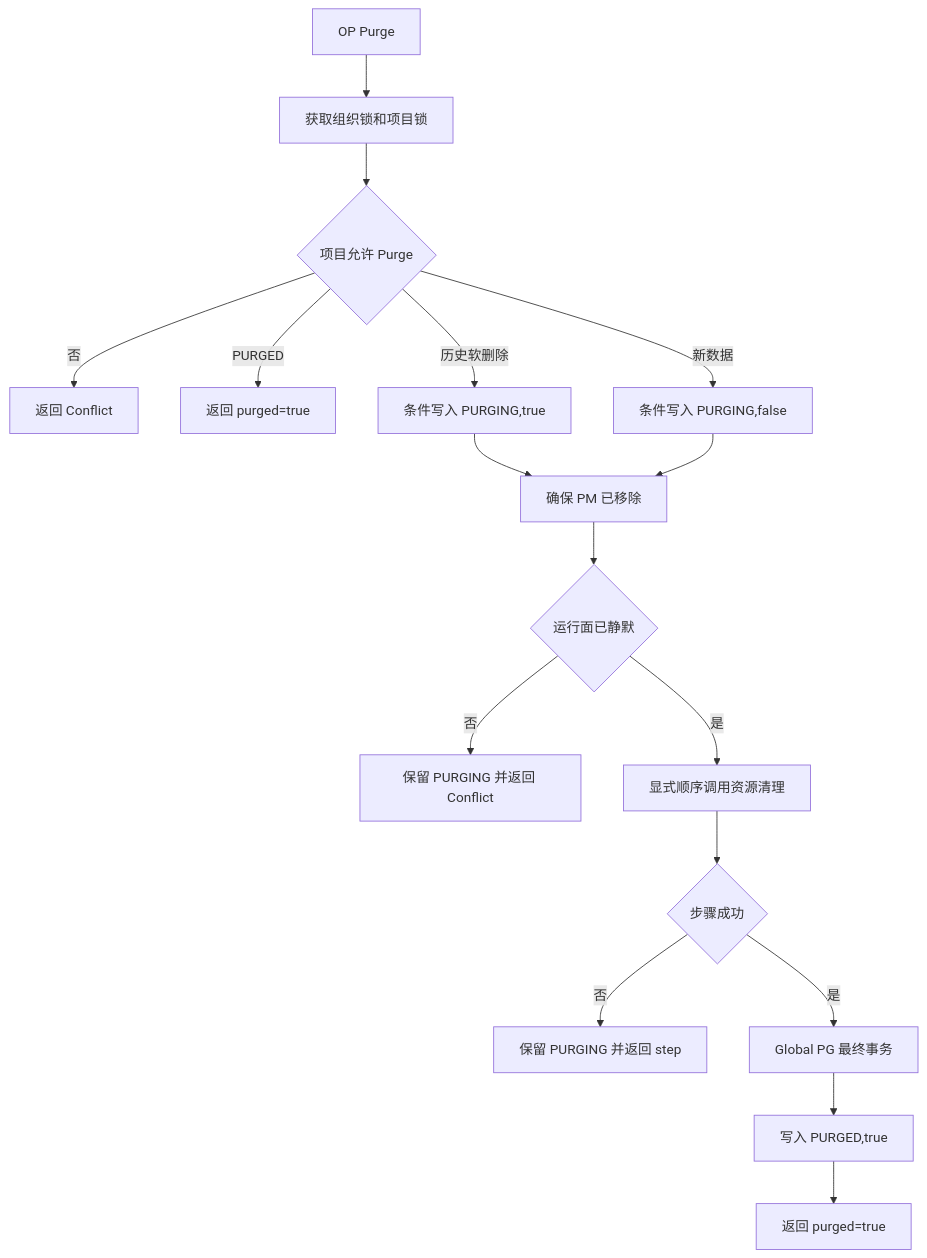
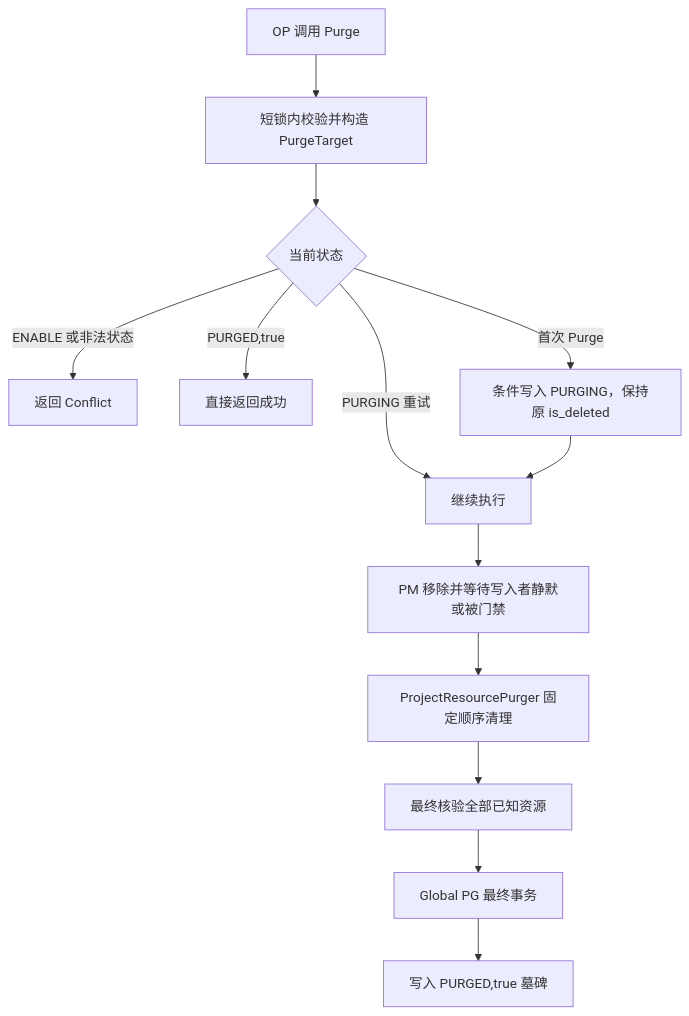
Before and after one commit to qinwenshiCH/workflow: the fourth of 6 diagrams in specs/20260716-Wave-Refac-OrganizationProjectLifecycle/03-plan.md, drawn with Mermaid. The commit also changed other lines of this file and 4 other files, not shown here.

````diff
--- a/specs/20260716-Wave-Refac-OrganizationProjectLifecycle/03-plan.md
+++ b/specs/20260716-Wave-Refac-OrganizationProjectLifecycle/03-plan.md
@@ -161,19 +147,15 @@
 ```mermaid
 flowchart TD
-    A["OP Purge"] --> B["获取组织锁和项目锁"]
-    B --> C{"项目允许 Purge"}
-    C -->|否| X["返回 Conflict"]
-    C -->|PURGED| Z["返回 purged=true"]
-    C -->|新数据| D["条件写入 PURGING,false"]
-    C -->|历史软删除| DL["条件写入 PURGING,true"]
-    DL --> E
-    D --> E["确保 PM 已移除"]
-    E --> Q{"运行面已静默"}
-    Q -->|否| Y["保留 PURGING 并返回 Conflict"]
-    Q -->|是| F["显式顺序调用资源清理"]
-    F --> H{"步骤成功"}
-    H -->|否| I["保留 PURGING 并返回 step"]
-    H -->|是| J["Global PG 最终事务"]
-    J --> K["写入 PURGED,true"]
-    K --> R["返回 purged=true"]
+    A["OP 调用 Purge"] --> B["短锁内校验并构造 PurgeTarget"]
+    B --> C{"当前状态"}
+    C -->|"ENABLE 或非法状态"| X["返回 Conflict"]
+    C -->|"PURGED,true"| Z["直接返回成功"]
+    C -->|"首次 Purge"| D["条件写入 PURGING，保持原 is_deleted"]
+    C -->|"PURGING 重试"| E["继续执行"]
+    D --> E
+    E --> F["PM 移除并等待写入者静默或被门禁"]
+    F --> G["ProjectResourcePurger 固定顺序清理"]
+    G --> H["最终核验全部已知资源"]
+    H --> I["Global PG 最终事务"]
+    I --> J["写入 PURGED,true 墓碑"]
 ```
````
